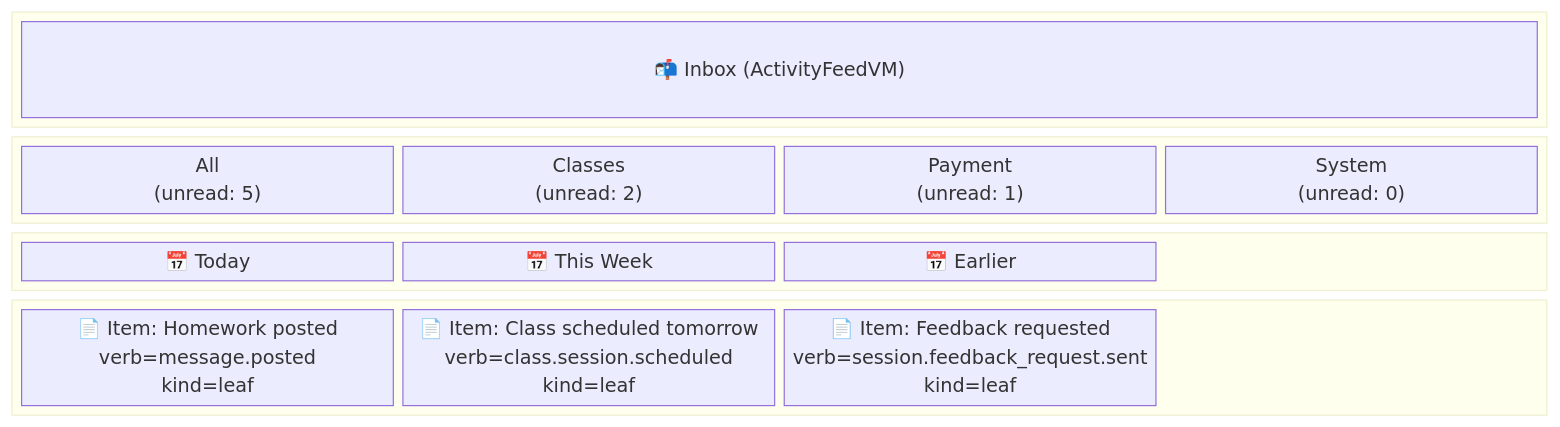
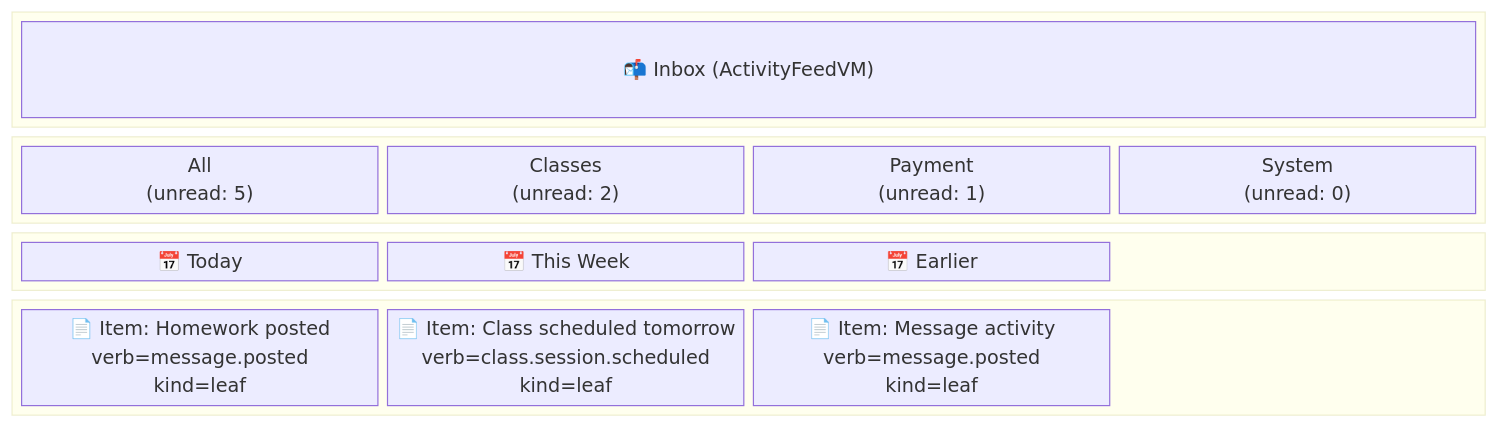
Before and after one commit to heidisoft/iconicedu-monorepo: diagram 29 of 31 in docs/architecture/feature-diagrams.md, drawn with Mermaid. The commit also changed other lines of this file and 41 other files, not shown here.

````diff
--- a/docs/architecture/feature-diagrams.md
+++ b/docs/architecture/feature-diagrams.md
@@ -1509,25 +1507,25 @@
 ```mermaid
 block-beta
     columns 4
     block:inbox:4
         I["📬 Inbox (ActivityFeedVM)"]
     end
     block:tabs:4
         T1["All\n(unread: 5)"]
         T2["Classes\n(unread: 2)"]
         T3["Payment\n(unread: 1)"]
         T4["System\n(unread: 0)"]
     end
     block:sections:4
         S1["📅 Today"]
         S2["📅 This Week"]
         S3["📅 Earlier"]
         space
     end
     block:items:4
         L1["📄 Item: Homework posted\nverb=message.posted\nkind=leaf"]
         L2["📄 Item: Class scheduled tomorrow\nverb=class.session.scheduled\nkind=leaf"]
-        L3["📄 Item: Feedback requested\nverb=session.feedback_request.sent\nkind=leaf"]
+        L3["📄 Item: Message activity\nverb=message.posted\nkind=leaf"]
         space
     end
 ```
````
